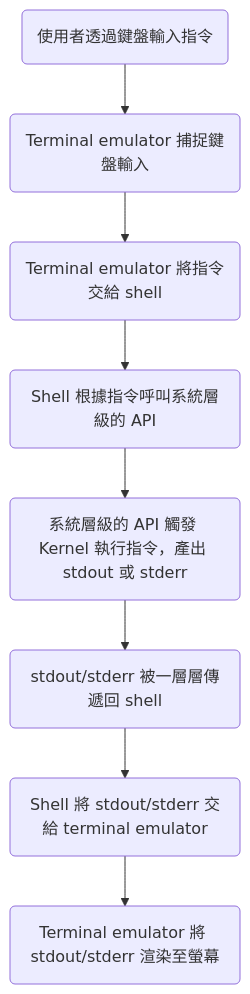
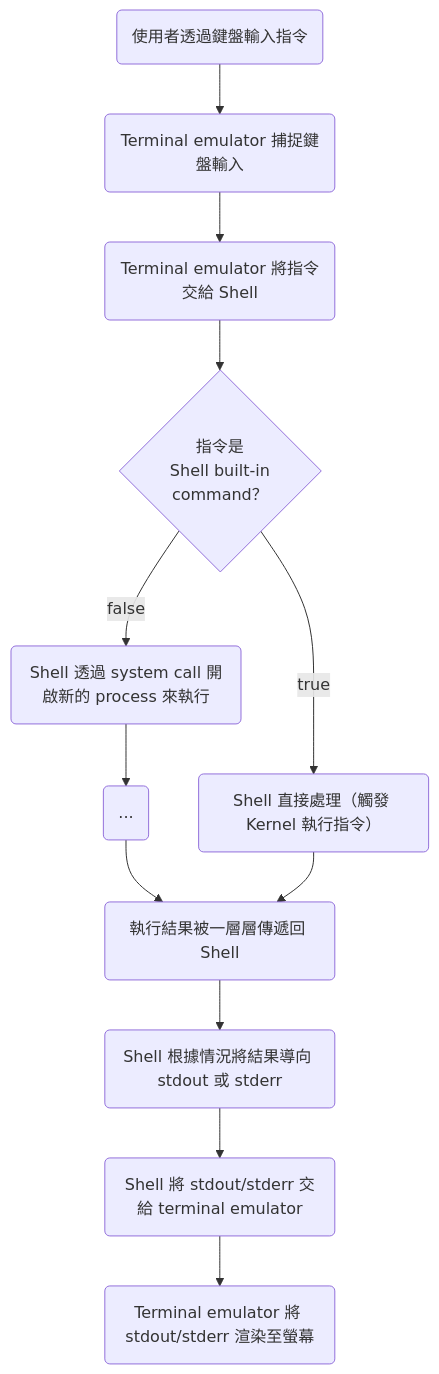
One commit to bingyangchen/KM-software changed the diagram in Operating System/Shell/1 - Introduction.md. Above: the diagram before and after it, drawn with Mermaid. The commit also changed other lines of this file and 56 other files, not shown here.

````diff
--- a/Operating System/Shell/1 - Introduction.md
+++ b/Operating System/Shell/1 - Introduction.md
@@ -35,18 +35,25 @@
 ```mermaid
 flowchart
     id0("使用者透過鍵盤輸入指令")
     id1("Terminal emulator 捕捉鍵盤輸入")
-    id2("Terminal emulator 將指令交給 shell")
-    id3("Shell 根據指令呼叫系統層級的 API")
-    id4("系統層級的 API 觸發 Kernel 執行指令，產出 stdout 或 stderr")
-    id5("stdout/stderr 被一層層傳遞回 shell")
-    id6("Shell 將 stdout/stderr 交給 terminal emulator")
-    id7("Terminal emulator 將 stdout/stderr 渲染至螢幕")
+    id2("Terminal emulator 將指令交給 Shell")
+    id3{"指令是\nShell built-in\ncommand？"}
+    id4("Shell 透過 system call 開啟新的 process 來執行")
+    id5(...)
+    id6("Shell 直接處理（觸發 Kernel 執行指令）")
+    id7("執行結果被一層層傳遞回 Shell")
+    id8("Shell 根據情況將結果導向 stdout 或 stderr")
+    id9("Shell 將 stdout/stderr 交給 terminal emulator")
+    id10("Terminal emulator 將 stdout/stderr 渲染至螢幕")
     id0 --> id1
     id1 --> id2
     id2 --> id3
-    id3 --> id4
+    id3 -- true --> id6
+    id3 -- false -->id4
     id4 --> id5
-    id5 --> id6
+    id5 --> id7
     id6 --> id7
+    id7 --> id8
+    id8 --> id9
+    id9 --> id10
 ```
````
